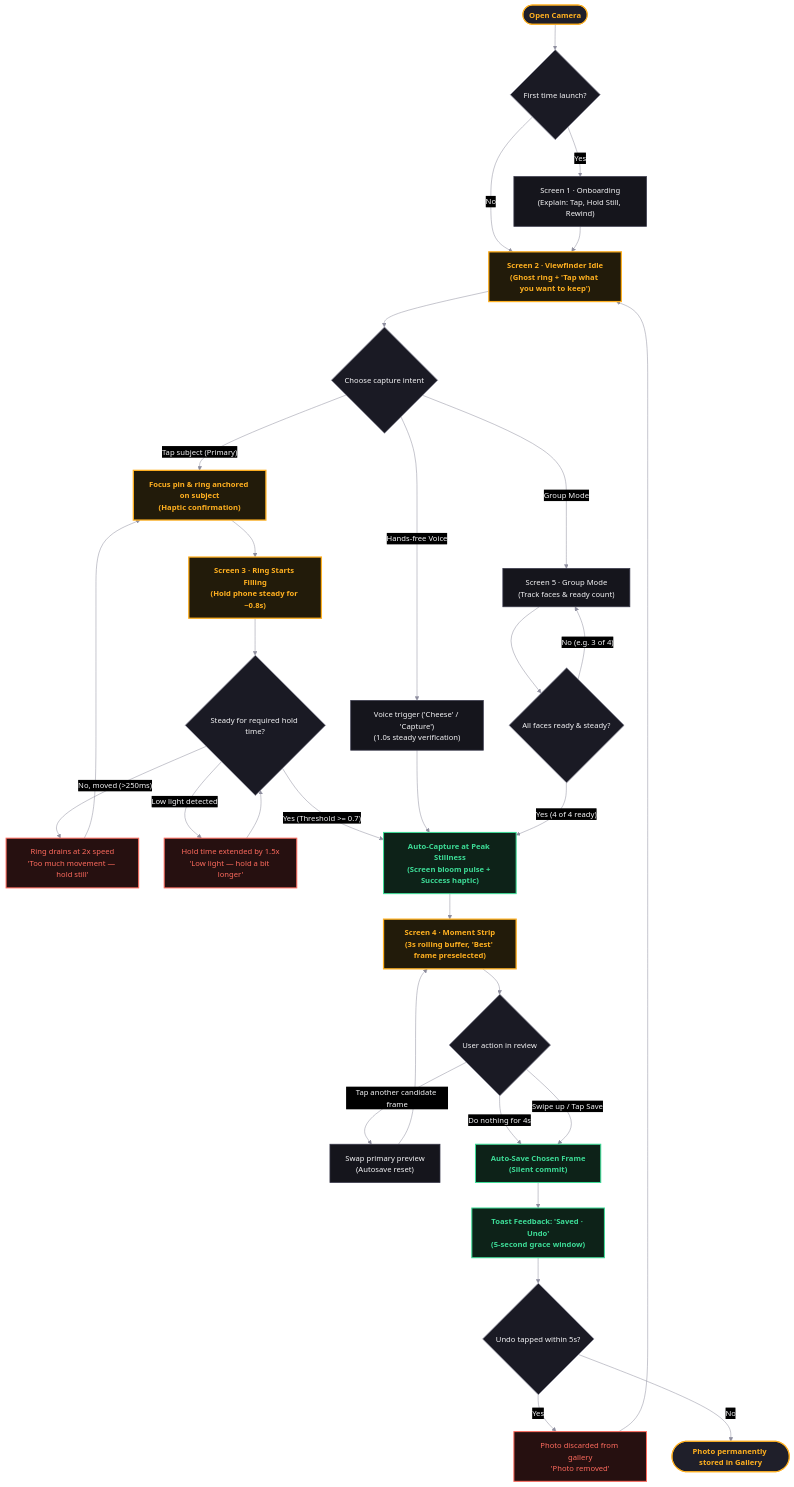
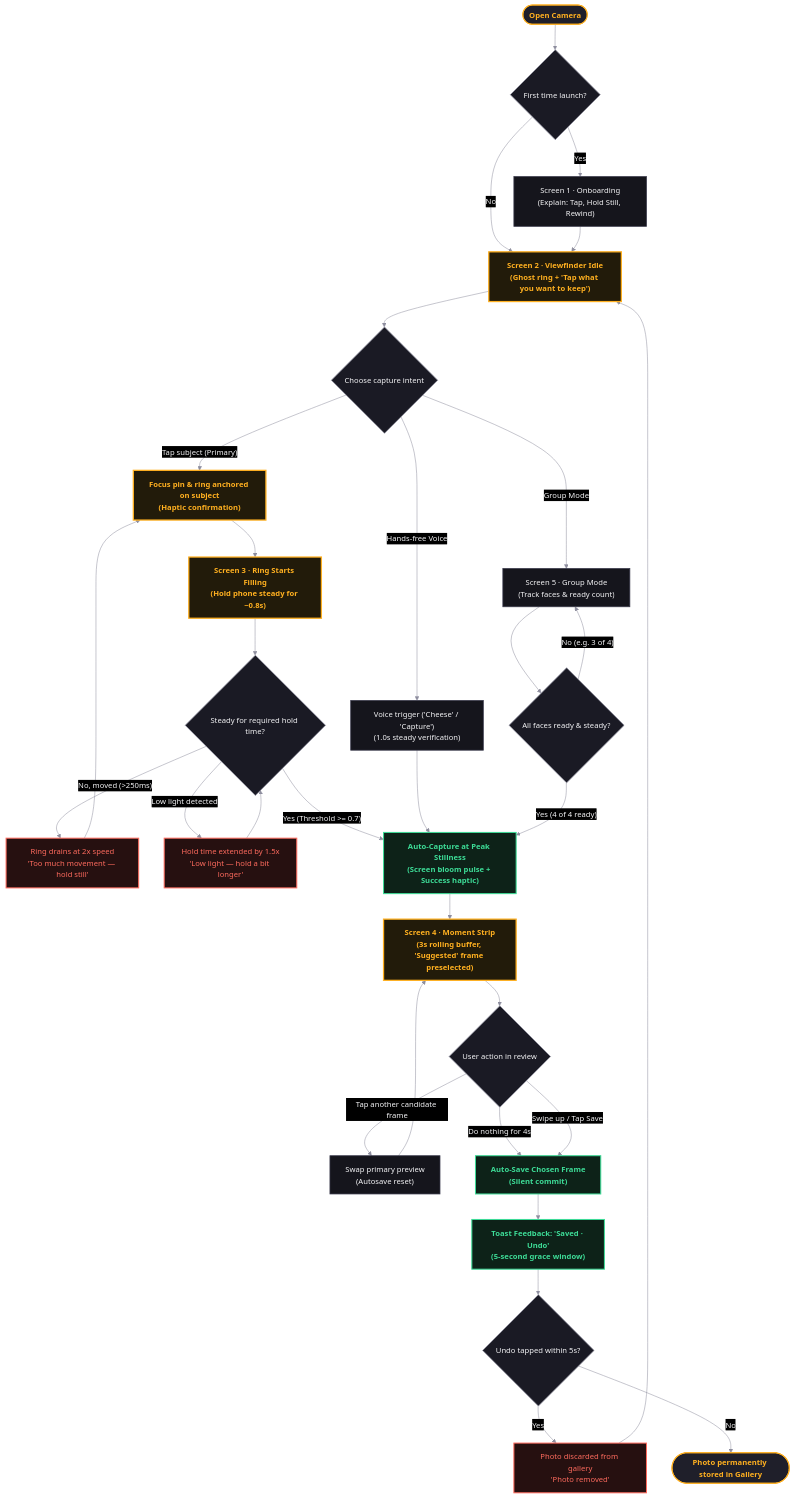
The diagram in docs/D2-user-flow.mmd (vaibhavmittal29/where-did-my-button-go), drawn with Mermaid before and after one commit. The commit also changed 20 other files, not shown here.

```diff
--- a/docs/D2-user-flow.mmd
+++ b/docs/D2-user-flow.mmd
@@ -1,61 +1,61 @@
 %%{init: {
   'theme': 'base',
   'themeVariables': {
     'darkMode': true,
     'background': '#0B0B0F',
     'primaryColor': '#15151C',
     'primaryTextColor': '#F5F5F7',
     'primaryBorderColor': '#FFB020',
     'lineColor': '#8E8E9E',
     'secondaryColor': '#1F1F2A',
     'tertiaryColor': '#15151C',
     'fontFamily': 'Inter, system-ui, sans-serif',
     'fontSize': '15px'
   }
 }}%%
 flowchart TD
     classDef default fill:#15151C,stroke:#38384A,stroke-width:1.5px,color:#F5F5F7;
     classDef startEnd fill:#1F1F2A,stroke:#FFB020,stroke-width:2px,color:#FFB020,font-weight:bold;
     classDef decision fill:#1A1A24,stroke:#8E8E9E,stroke-width:1.5px,color:#F5F5F7;
     classDef hero fill:#221B0A,stroke:#FFB020,stroke-width:2.5px,color:#FFB020,font-weight:bold;
     classDef success fill:#0D2218,stroke:#3DDC97,stroke-width:2px,color:#3DDC97,font-weight:bold;
     classDef warn fill:#261010,stroke:#FF6B5E,stroke-width:2px,color:#FF6B5E;
 
     A(["Open Camera"]):::startEnd --> B{"First time launch?"}:::decision
     B -- "Yes" --> C["Screen 1 · Onboarding<br/>(Explain: Tap, Hold Still, Rewind)"]
     B -- "No" --> D
     C --> D["Screen 2 · Viewfinder Idle<br/>(Ghost ring + 'Tap what you want to keep')"]:::hero
     
     D --> E{"Choose capture intent"}:::decision
     E -- "Tap subject (Primary)" --> F["Focus pin & ring anchored on subject<br/>(Haptic confirmation)"]:::hero
     E -- "Hands-free Voice" --> V["Voice trigger ('Cheese' / 'Capture')<br/>(1.0s steady verification)"]
     E -- "Group Mode" --> G["Screen 5 · Group Mode<br/>(Track faces & ready count)"]
     
     F --> H["Screen 3 · Ring Starts Filling<br/>(Hold phone steady for ~0.8s)"]:::hero
     
     H --> I{"Steady for required hold time?"}:::decision
     I -- "No, moved (>250ms)" --> J["Ring drains at 2x speed<br/>'Too much movement — hold still'"]:::warn
     J --> F
     I -- "Low light detected" --> K["Hold time extended by 1.5x<br/>'Low light — hold a bit longer'"]:::warn
     K --> I
     I -- "Yes (Threshold >= 0.7)" --> L["Auto-Capture at Peak Stillness<br/>(Screen bloom pulse + Success haptic)"]:::success
     
     V --> L
     G --> M{"All faces ready & steady?"}:::decision
     M -- "No (e.g. 3 of 4)" --> G
     M -- "Yes (4 of 4 ready)" --> L
     
-    L --> N["Screen 4 · Moment Strip<br/>(3s rolling buffer, 'Best' frame preselected)"]:::hero
+    L --> N["Screen 4 · Moment Strip<br/>(3s rolling buffer, 'Suggested' frame preselected)"]:::hero
     
     N --> O{"User action in review"}:::decision
     O -- "Tap another candidate frame" --> P["Swap primary preview<br/>(Autosave reset)"]
     P --> N
     O -- "Do nothing for 4s" --> Q["Auto-Save Chosen Frame<br/>(Silent commit)"]:::success
     O -- "Swipe up / Tap Save" --> Q
     
     Q --> R["Toast Feedback: 'Saved · Undo'<br/>(5-second grace window)"]:::success
     
     R --> S{"Undo tapped within 5s?"}:::decision
     S -- "Yes" --> T["Photo discarded from gallery<br/>'Photo removed'"]:::warn
     T --> D
     S -- "No" --> U(["Photo permanently stored in Gallery"]):::startEnd
```
